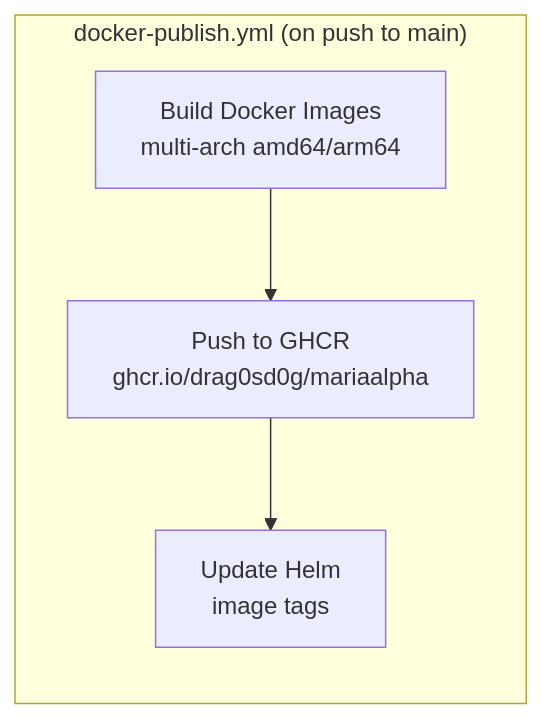
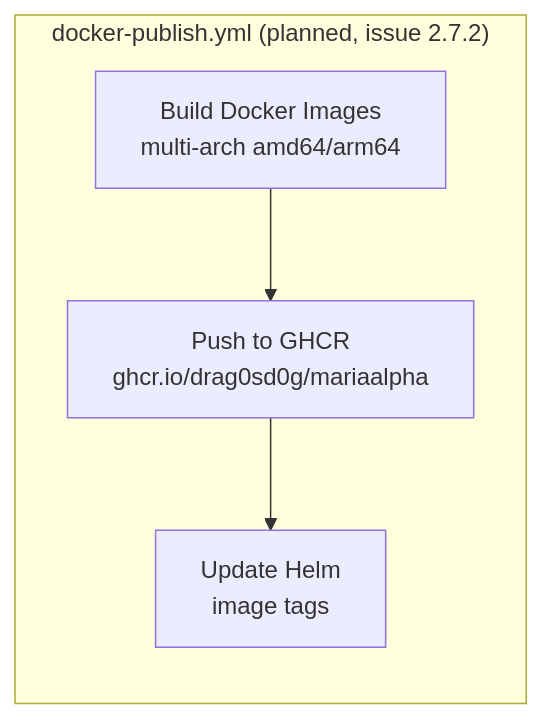
Before and after one commit to drag0sd0g/MariaAlpha: diagram 18 of 18 in docs/technical-design-document.md, drawn with Mermaid. The commit also changed other lines of this file and 86 other files, not shown here.

````diff
--- a/docs/technical-design-document.md
+++ b/docs/technical-design-document.md
@@ -1167,6 +1171,6 @@
 ```mermaid
 graph LR
-    subgraph "docker-publish.yml (on push to main)"
+    subgraph "docker-publish.yml (planned, issue 2.7.2)"
         A[Build Docker Images<br/>multi-arch amd64/arm64] --> B[Push to GHCR<br/>ghcr.io/drag0sd0g/mariaalpha] --> C[Update Helm<br/>image tags]
     end
 ```
````
